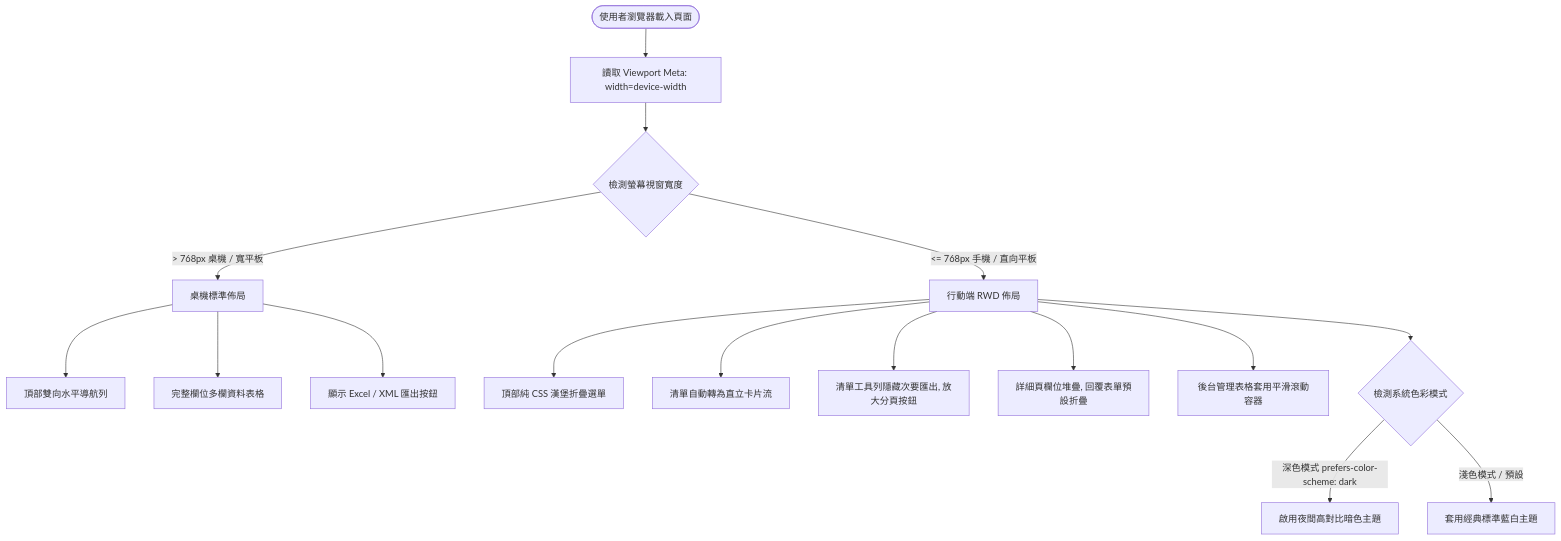
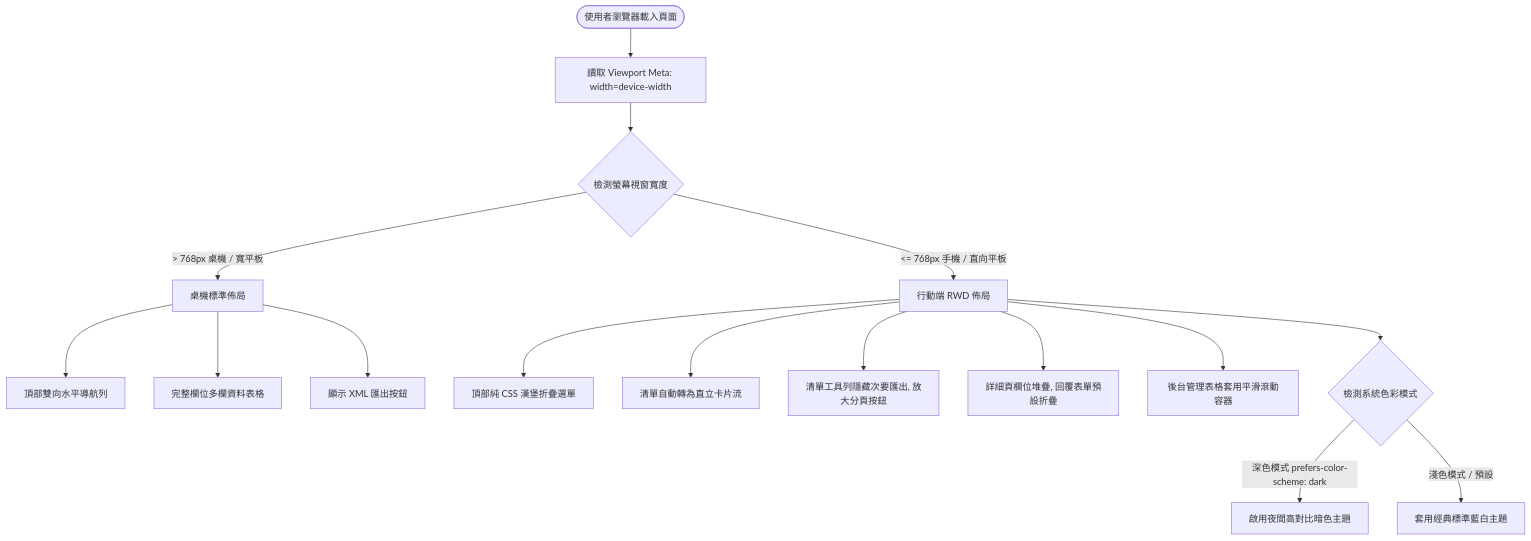
The seventh of 10 diagrams in openspec/specs/README.md (WilliamFromTW/jtrac), drawn with Mermaid before and after one commit. The commit also changed other lines of this file and 22 other files, not shown here.

````diff
--- a/openspec/specs/README.md
+++ b/openspec/specs/README.md
@@ -167,21 +167,21 @@
 ```mermaid
 flowchart TD
     Start([使用者瀏覽器載入頁面]) --> ReadViewport[讀取 Viewport Meta: width=device-width]
     ReadViewport --> CheckWidth{檢測螢幕視窗寬度}
     
     CheckWidth -->|> 768px 桌機 / 寬平板| DesktopLayout[桌機標準佈局]
     DesktopLayout --> D1[頂部雙向水平導航列]
     DesktopLayout --> D2[完整欄位多欄資料表格]
-    DesktopLayout --> D3[顯示 Excel / XML 匯出按鈕]
+    DesktopLayout --> D3[顯示 XML 匯出按鈕]
     
     CheckWidth -->|<= 768px 手機 / 直向平板| MobileLayout[行動端 RWD 佈局]
     MobileLayout --> M1[頂部純 CSS 漢堡折疊選單]
     MobileLayout --> M2[清單自動轉為直立卡片流]
     MobileLayout --> M3[清單工具列隱藏次要匯出, 放大分頁按鈕]
     MobileLayout --> M4[詳細頁欄位堆疊, 回覆表單預設折疊]
     MobileLayout --> M5[後台管理表格套用平滑滾動容器]
     
     MobileLayout --> CheckTheme{檢測系統色彩模式}
     CheckTheme -->|深色模式 prefers-color-scheme: dark| DarkTheme[啟用夜間高對比暗色主題]
     CheckTheme -->|淺色模式 / 預設| LightTheme[套用經典標準藍白主題]
 ```
````
